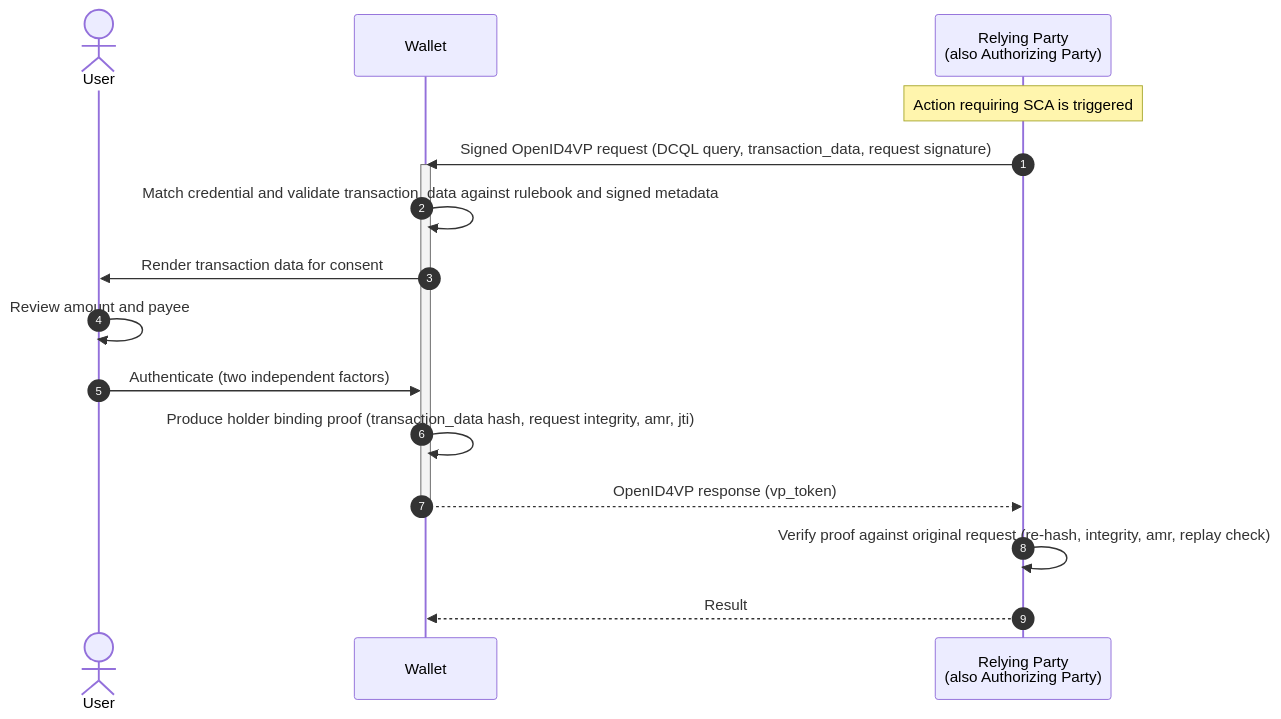
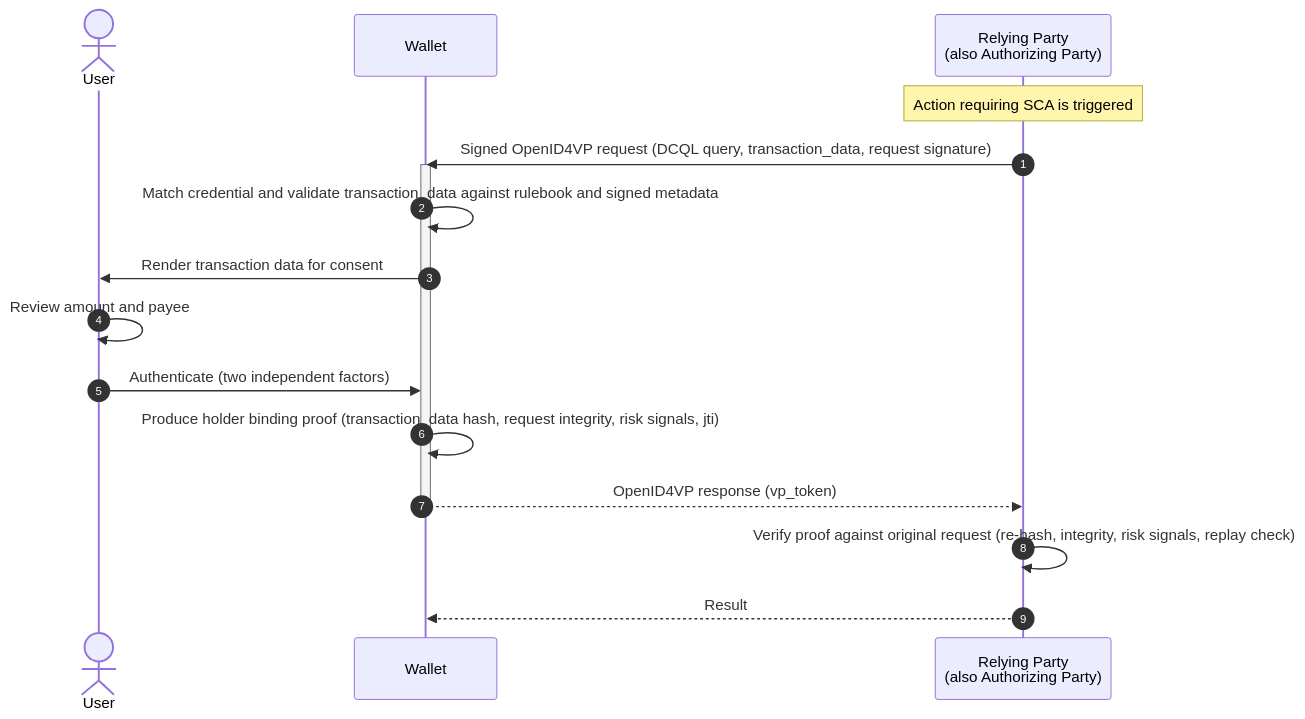
One commit to APTITUDE-Consortium/payments-and-sca-for-openid changed the first of 2 diagrams in README.md. Above: the diagram before and after it, drawn with Mermaid. The commit also changed other lines of this file and 2 other files, not shown here.

Commit message:
docs: link risk signal registry and default profile; align README SCA narrative

````diff
--- a/README.md
+++ b/README.md
@@ -198,20 +198,20 @@
 ```mermaid
 sequenceDiagram
     autonumber
     actor user as User
     participant wallet as Wallet
     participant rp as Relying Party<br/>(also Authorizing Party)
 
     Note over rp: Action requiring SCA is triggered
     rp ->> wallet: Signed OpenID4VP request (DCQL query, transaction_data, request signature)
     activate wallet
     wallet ->> wallet: Match credential and validate transaction_data against rulebook and signed metadata
     wallet ->> user: Render transaction data for consent
     user ->> user: Review amount and payee
     user ->> wallet: Authenticate (two independent factors)
-    wallet ->> wallet: Produce holder binding proof (transaction_data hash, request integrity, amr, jti)
+    wallet ->> wallet: Produce holder binding proof (transaction_data hash, request integrity, risk signals, jti)
     wallet -->> rp: OpenID4VP response (vp_token)
     deactivate wallet
-    rp ->> rp: Verify proof against original request (re-hash, integrity, amr, replay check)
+    rp ->> rp: Verify proof against original request (re-hash, integrity, risk signals, replay check)
     rp -->> wallet: Result
 ```
````
